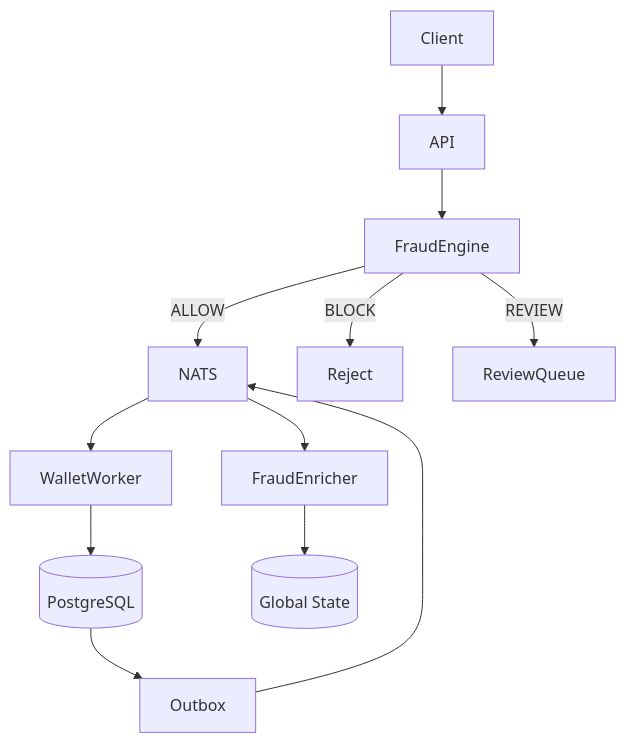
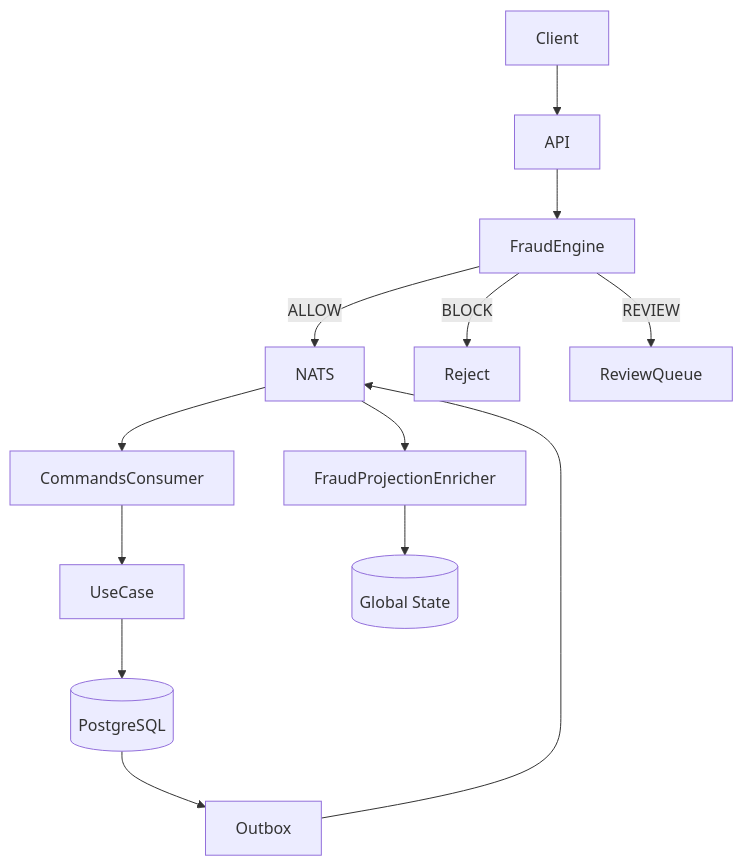
Before and after one commit to kyogoiano/wallet: the diagram in antifraud_v3_production_ready_architecture.md, drawn with Mermaid. The commit also changed other lines of this file and 22 other files, not shown here.

`````diff
--- a/antifraud_v3_production_ready_architecture.md
+++ b/antifraud_v3_production_ready_architecture.md
@@ -18,17 +18,17 @@
 ```mermaid
 flowchart TD
 
 Client --> API
 
 API --> FraudEngine
 
 FraudEngine -->|ALLOW| NATS
 FraudEngine -->|BLOCK| Reject
 FraudEngine -->|REVIEW| ReviewQueue
 
-NATS --> WalletWorker --> DB[(PostgreSQL)]
+NATS --> CommandsConsumer --> UseCase --> DB[(PostgreSQL)]
 
 DB --> Outbox --> NATS
 
-NATS --> FraudEnricher --> Redis[(Global State)]
+NATS --> FraudProjectionEnricher --> Redis[(Global State)]
 ````
`````
